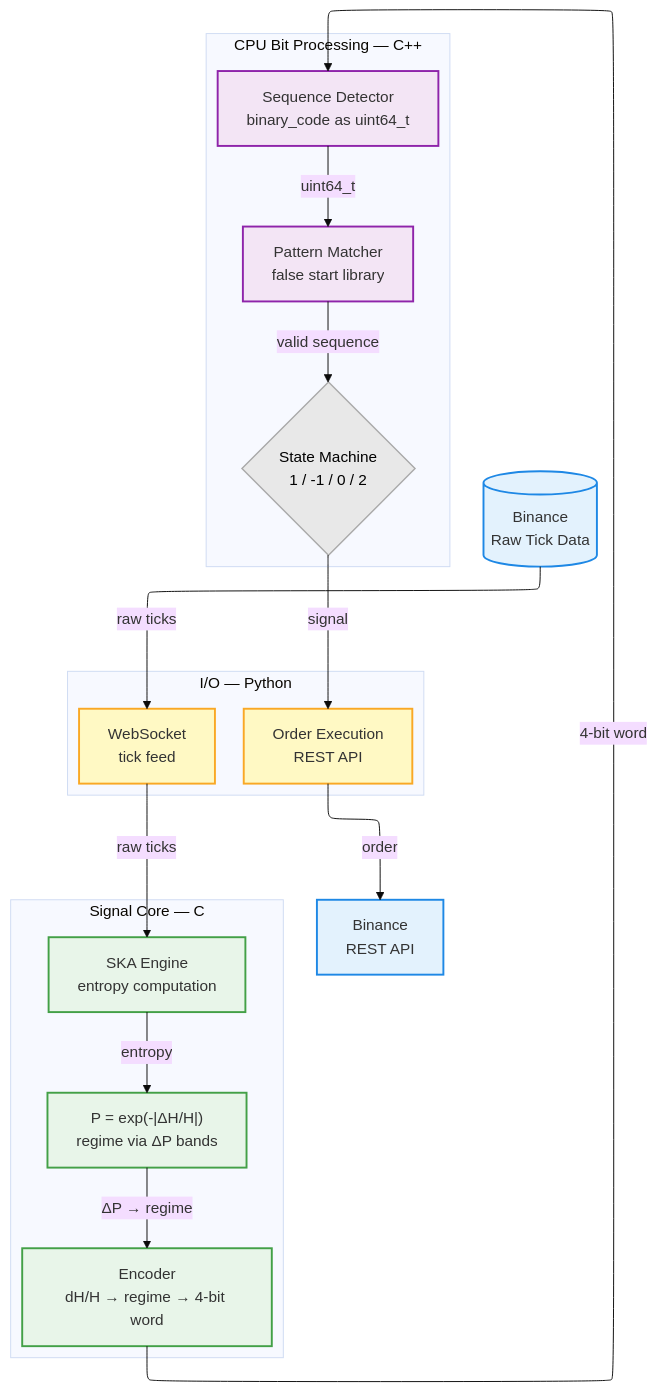
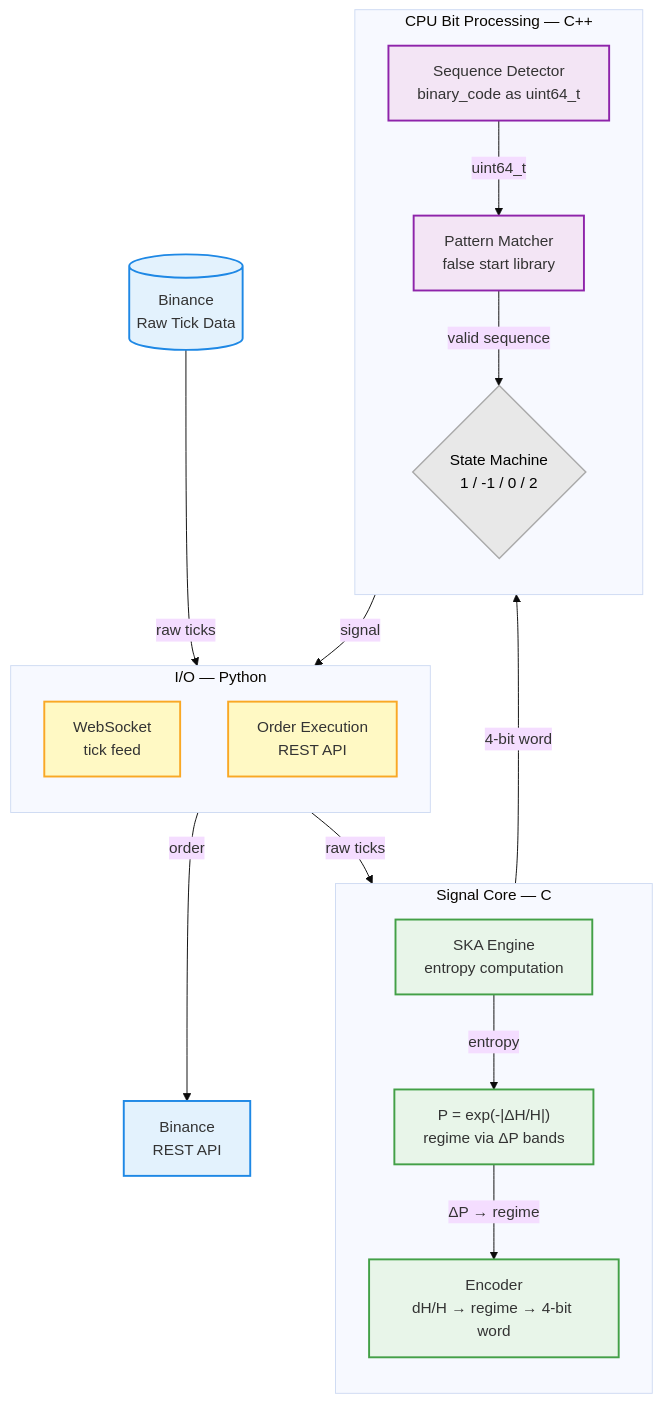
Before and after one commit to quantiota/SKA-quantitative-finance: the diagram in ska_engine_c/README.md, drawn with Mermaid.

````diff
--- a/ska_engine_c/README.md
+++ b/ska_engine_c/README.md
@@ -24,54 +24,54 @@
 ```mermaid
 ---
 config:
   look: classic
   theme: base
-  layout: elk
+  layout: dagre
 ---
 flowchart TD
 
 BINANCE[(Binance\nRaw Tick Data)]
 EXCHANGE[Binance\nREST API]
 
 subgraph IO["I/O — Python"]
   direction TB
   WS[WebSocket\ntick feed]
   ORDER[Order Execution\nREST API]
 end
 
 subgraph SignalCore["Signal Core — C"]
   direction TB
   ENGINE[SKA Engine\nentropy computation]
   P["P = exp(-|ΔH/H|)\nregime via ΔP bands"]
   ENC[Encoder\ndH/H → regime → 4-bit word]
   ENGINE -->|entropy| P
   P -->|ΔP → regime| ENC
 end
 
 subgraph BitProcessing["CPU Bit Processing — C++"]
   direction TB
   SEQ[Sequence Detector\nbinary_code as uint64_t]
   PAT[Pattern Matcher\nfalse start library]
   SM@{ shape: diamond, label: "State Machine\n1 / -1 / 0 / 2" }
   SEQ -->|uint64_t| PAT
   PAT -->|valid sequence| SM
 end
 
 BINANCE -->|raw ticks| WS
 WS -->|raw ticks| ENGINE
 ENC -->|4-bit word| SEQ
 SM -->|signal| ORDER
 ORDER -->|order| EXCHANGE
 
 classDef data     fill:#E3F2FD,stroke:#1E88E5,stroke-width:2px;
 classDef binary   fill:#E8F5E9,stroke:#43A047,stroke-width:2px;
 classDef flow     fill:#F3E5F5,stroke:#8E24AA,stroke-width:2px;
 classDef io       fill:#FFF9C4,stroke:#F9A825,stroke-width:2px;
 classDef signal   fill:#E8E8E8,stroke:#AAAAAA,color:#000,stroke-width:1.5px;
 
 class BINANCE,EXCHANGE data;
 class ENGINE,P,ENC binary;
 class SEQ,PAT flow;
 class SM signal;
 class WS,ORDER io;
 ```
````
